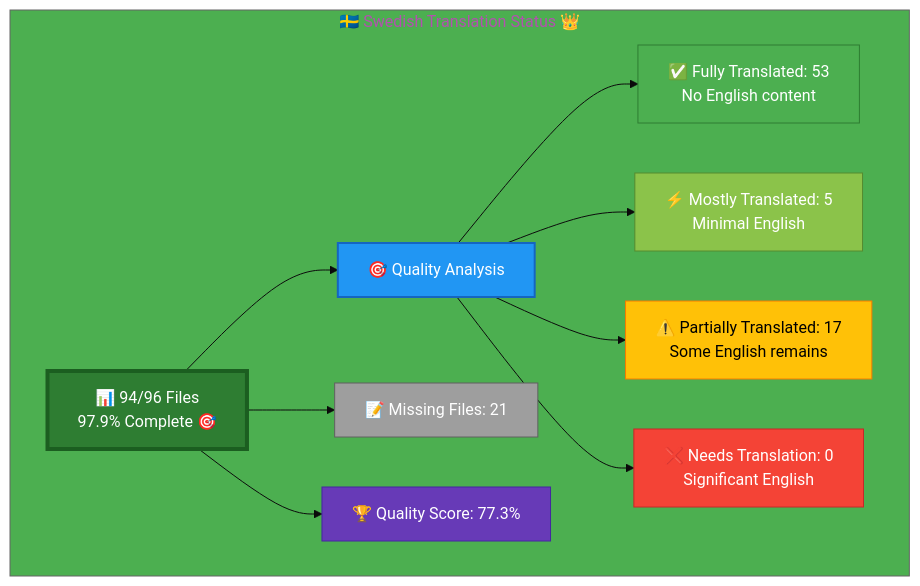
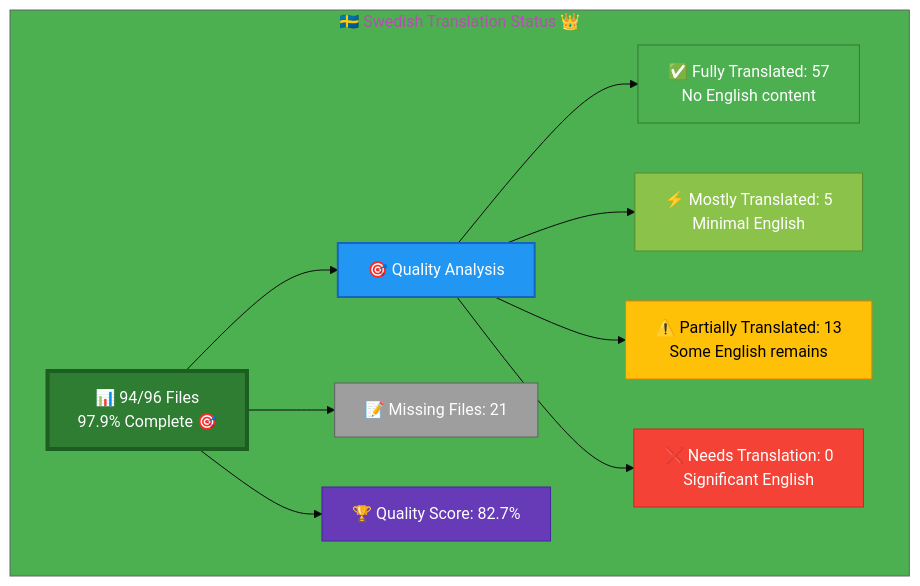
One commit to Hack23/homepage changed the diagram in Swedish-Translation-Status.md. Above: the diagram before and after it, drawn with Mermaid. The commit also changed other lines of this file, not shown here.

Commit message:
Update Swedish-Translation-Status.md: Phase 3 B2B pages complete, quality score 82.7%

````diff
--- a/Swedish-Translation-Status.md
+++ b/Swedish-Translation-Status.md
@@ -13,26 +13,26 @@
 ```mermaid
 %%{init: {'theme':'base', 'themeVariables': {'primaryColor':'#2E7D32','secondaryColor':'#2196F3','tertiaryColor':'#4CAF50','fontSize':'16px'}}}%%
 graph TB
     subgraph "🇸🇪 Swedish Translation Status 👑"
         A["📊 94/96 Files<br/>97.9% Complete 🎯"]
         
         A --> B["🎯 Quality Analysis"]
-        B --> C["✅ Fully Translated: 53<br/>No English content"]
+        B --> C["✅ Fully Translated: 57<br/>No English content"]
         B --> D["⚡ Mostly Translated: 5<br/>Minimal English"]
-        B --> E["⚠️  Partially Translated: 17<br/>Some English remains"]
+        B --> E["⚠️  Partially Translated: 13<br/>Some English remains"]
         B --> F["❌ Needs Translation: 0<br/>Significant English"]
         
         A --> G["📝 Missing Files: 21"]
         
-        A --> H["🏆 Quality Score: 77.3%"]
+        A --> H["🏆 Quality Score: 82.7%"]
         
         style A fill:#2E7D32,stroke:#1B5E20,color:#fff,stroke-width:4px
         style B fill:#2196F3,stroke:#1565C0,color:#fff,stroke-width:2px
         style C fill:#4CAF50,stroke:#2E7D32,color:#fff
         style D fill:#8BC34A,stroke:#558B2F,color:#fff
         style E fill:#FFC107,stroke:#F57C00,color:#000
         style F fill:#F44336,stroke:#C62828,color:#fff
         style G fill:#9E9E9E,stroke:#616161,color:#fff
         style H fill:#673AB7,stroke:#4527A0,color:#fff
     end
 ```
````
